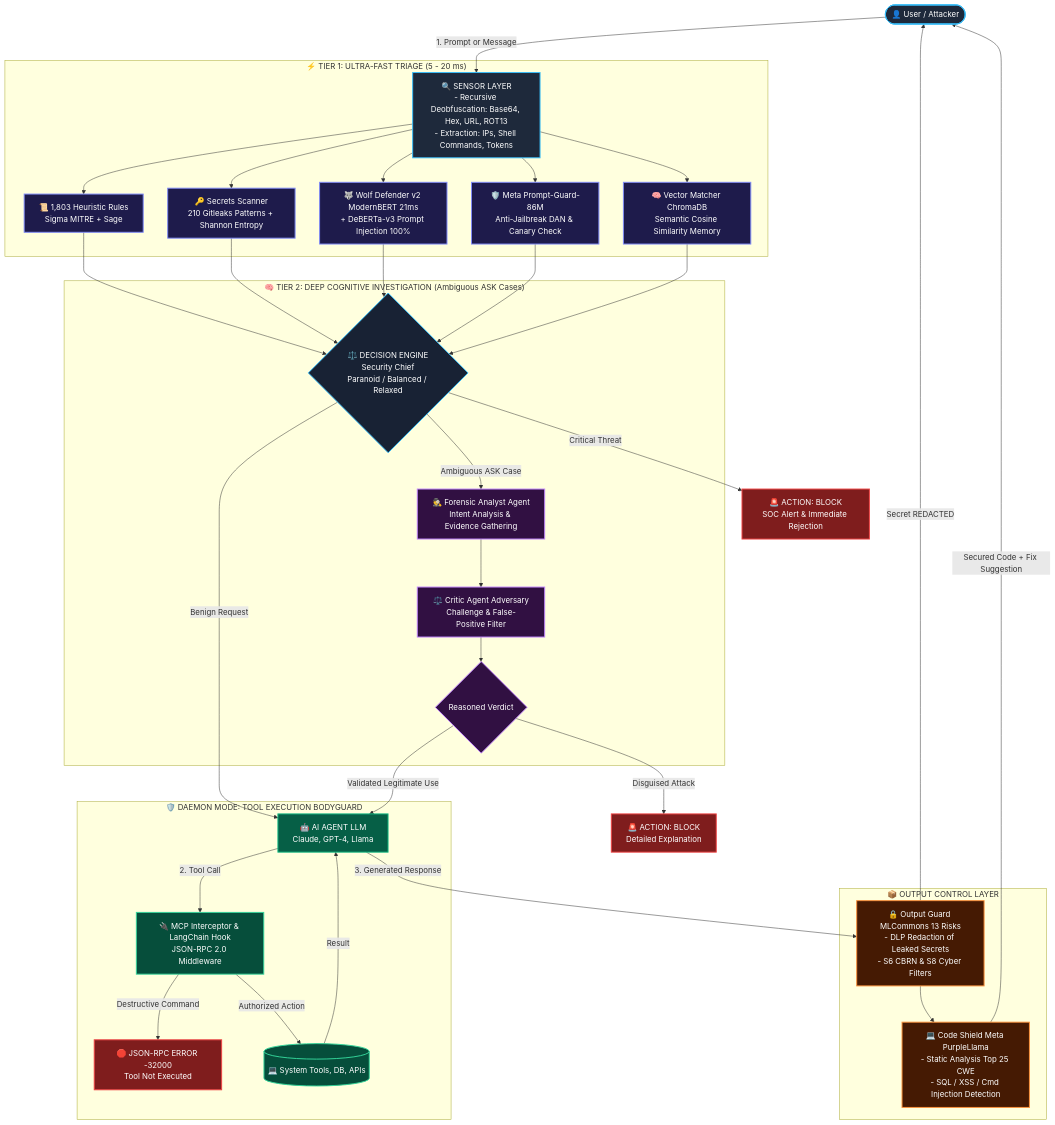
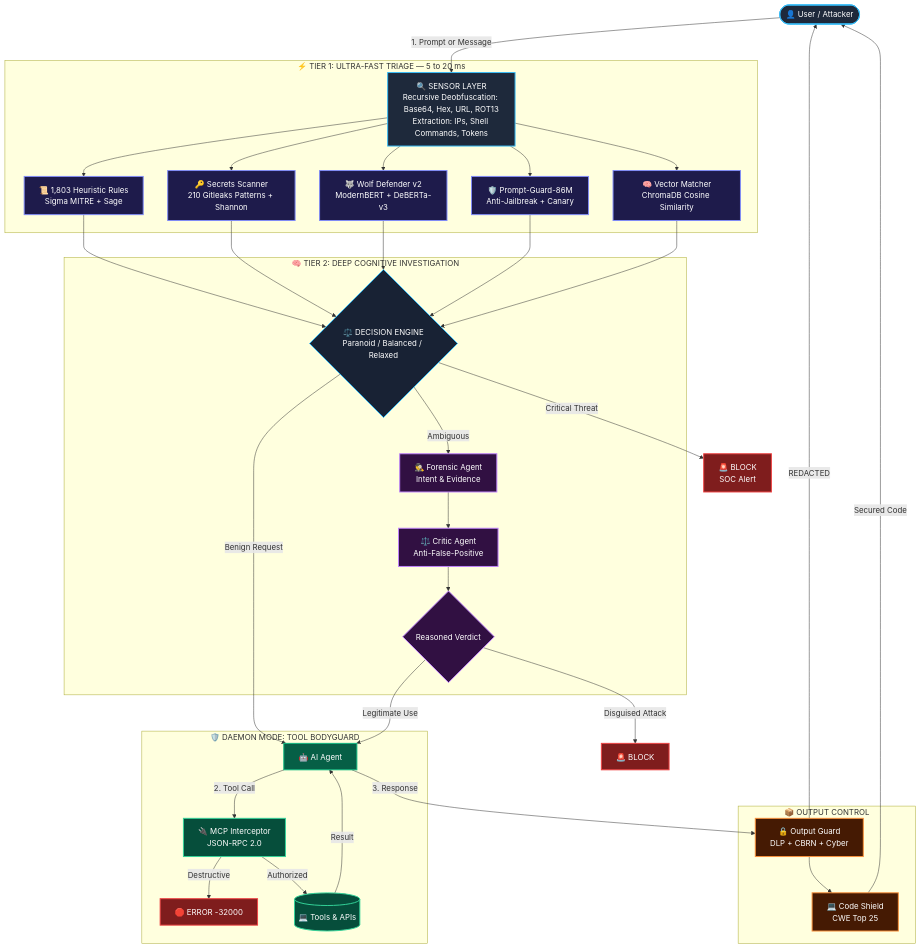
Before and after one commit to Ayanoh/adr-aegis: the diagram in README.md, drawn with Mermaid. The commit also changed other lines of this file and 34 other files, not shown here.

````diff
--- a/README.md
+++ b/README.md
@@ -41,54 +47,54 @@
 ```mermaid
 flowchart TD
     classDef inputStyle fill:#1e293b,stroke:#38bdf8,stroke-width:2px,color:#fff;
     classDef tier1Style fill:#1e1b4b,stroke:#818cf8,stroke-width:2px,color:#fff;
     classDef tier2Style fill:#311042,stroke:#c084fc,stroke-width:2px,color:#fff;
     classDef daemonStyle fill:#064e3b,stroke:#34d399,stroke-width:2px,color:#fff;
     classDef outputStyle fill:#451a03,stroke:#fb923c,stroke-width:2px,color:#fff;
     classDef actionBlock fill:#7f1d1d,stroke:#ef4444,stroke-width:2px,color:#fff;
     classDef actionAllow fill:#065f46,stroke:#10b981,stroke-width:2px,color:#fff;
     classDef engineStyle fill:#182234,stroke:#38bdf8,stroke-width:2px,color:#fff;
 
-    User(["👤 User / Attacker"]):::inputStyle -->|1. Prompt or Message| Sensor["🔍 SENSOR LAYER<br>- Recursive Deobfuscation: Base64, Hex, URL, ROT13<br>- Extraction: IPs, Shell Commands, Tokens"]:::inputStyle
+    User(["👤 User / Attacker"]):::inputStyle -->|1. Prompt or Message| Sensor["🔍 SENSOR LAYER<br>Recursive Deobfuscation: Base64, Hex, URL, ROT13<br>Extraction: IPs, Shell Commands, Tokens"]:::inputStyle
     
-    subgraph TIER1 ["⚡ TIER 1: ULTRA-FAST TRIAGE (5 - 20 ms)"]
+    subgraph TIER1 ["⚡ TIER 1: ULTRA-FAST TRIAGE — 5 to 20 ms"]
         Sensor --> Heuristics["📜 1,803 Heuristic Rules<br>Sigma MITRE + Sage"]:::tier1Style
-        Sensor --> Secrets["🔑 Secrets Scanner<br>210 Gitleaks Patterns + Shannon Entropy"]:::tier1Style
-        Sensor --> WolfML["🐺 Wolf Defender v2 ModernBERT 21ms<br>+ DeBERTa-v3 Prompt Injection 100%"]:::tier1Style
-        Sensor --> PromptGuard["🛡️ Meta Prompt-Guard-86M<br>Anti-Jailbreak DAN & Canary Check"]:::tier1Style
-        Sensor --> VectorDB["🧠 Vector Matcher ChromaDB<br>Semantic Cosine Similarity Memory"]:::tier1Style
+        Sensor --> Secrets["🔑 Secrets Scanner<br>210 Gitleaks Patterns + Shannon"]:::tier1Style
+        Sensor --> WolfML["🐺 Wolf Defender v2<br>ModernBERT + DeBERTa-v3"]:::tier1Style
+        Sensor --> PromptGuard["🛡️ Prompt-Guard-86M<br>Anti-Jailbreak + Canary"]:::tier1Style
+        Sensor --> VectorDB["🧠 Vector Matcher<br>ChromaDB Cosine Similarity"]:::tier1Style
     end
 
-    Heuristics --> Engine{"⚖️ DECISION ENGINE<br>Security Chief<br>Paranoid / Balanced / Relaxed"}:::engineStyle
+    Heuristics --> Engine{"⚖️ DECISION ENGINE<br>Paranoid / Balanced / Relaxed"}:::engineStyle
     Secrets --> Engine
     WolfML --> Engine
     PromptGuard --> Engine
     VectorDB --> Engine
 
-    Engine -->|Critical Threat| Block1["🚨 ACTION: BLOCK<br>SOC Alert & Immediate Rejection"]:::actionBlock
-    Engine -->|Benign Request| Agent["🤖 AI AGENT LLM<br>Claude, GPT-4, Llama"]:::actionAllow
+    Engine -->|Critical Threat| Block1["🚨 BLOCK<br>SOC Alert"]:::actionBlock
+    Engine -->|Benign Request| Agent["🤖 AI Agent"]:::actionAllow
 
-    subgraph TIER2 ["🧠 TIER 2: DEEP COGNITIVE INVESTIGATION (Ambiguous ASK Cases)"]
-        Engine -->|Ambiguous ASK Case| Forensic["🕵️ Forensic Analyst Agent<br>Intent Analysis & Evidence Gathering"]:::tier2Style
-        Forensic --> Critic["⚖️ Critic Agent Adversary<br>Challenge & False-Positive Filter"]:::tier2Style
+    subgraph TIER2 ["🧠 TIER 2: DEEP COGNITIVE INVESTIGATION"]
+        Engine -->|Ambiguous| Forensic["🕵️ Forensic Agent<br>Intent & Evidence"]:::tier2Style
+        Forensic --> Critic["⚖️ Critic Agent<br>Anti-False-Positive"]:::tier2Style
         Critic --> Tier2Decision{"Reasoned Verdict"}:::tier2Style
     end
 
-    Tier2Decision -->|Disguised Attack| Block2["🚨 ACTION: BLOCK<br>Detailed Explanation"]:::actionBlock
-    Tier2Decision -->|Validated Legitimate Use| Agent
+    Tier2Decision -->|Disguised Attack| Block2["🚨 BLOCK"]:::actionBlock
+    Tier2Decision -->|Legitimate Use| Agent
 
-    subgraph DAEMON ["🛡️ DAEMON MODE: TOOL EXECUTION BODYGUARD"]
-        Agent -->|2. Tool Call| DaemonInter["🔌 MCP Interceptor & LangChain Hook<br>JSON-RPC 2.0 Middleware"]:::daemonStyle
-        DaemonInter -->|Destructive Command| BlockTool["🛑 JSON-RPC ERROR -32000<br>Tool Not Executed"]:::actionBlock
-        DaemonInter -->|Authorized Action| Tools[("💻 System Tools, DB, APIs")]:::daemonStyle
+    subgraph DAEMON ["🛡️ DAEMON MODE: TOOL BODYGUARD"]
+        Agent -->|2. Tool Call| DaemonInter["🔌 MCP Interceptor<br>JSON-RPC 2.0"]:::daemonStyle
+        DaemonInter -->|Destructive| BlockTool["🛑 ERROR -32000"]:::actionBlock
+        DaemonInter -->|Authorized| Tools[("💻 Tools & APIs")]:::daemonStyle
         Tools -->|Result| Agent
     end
 
-    subgraph OUTPUT_GUARD ["📦 OUTPUT CONTROL LAYER"]
-        Agent -->|3. Generated Response| OutputScan["🔒 Output Guard MLCommons 13 Risks<br>- DLP Redaction of Leaked Secrets<br>- S6 CBRN & S8 Cyber Filters"]:::outputStyle
-        OutputScan --> CodeShield["💻 Code Shield Meta PurpleLlama<br>- Static Analysis Top 25 CWE<br>- SQL / XSS / Cmd Injection Detection"]:::outputStyle
+    subgraph OUTPUT_GUARD ["📦 OUTPUT CONTROL"]
+        Agent -->|3. Response| OutputScan["🔒 Output Guard<br>DLP + CBRN + Cyber"]:::outputStyle
+        OutputScan --> CodeShield["💻 Code Shield<br>CWE Top 25"]:::outputStyle
     end
 
-    OutputScan -->|Secret REDACTED| User
-    CodeShield -->|Secured Code + Fix Suggestion| User
+    OutputScan -->|REDACTED| User
+    CodeShield -->|Secured Code| User
 ```
````
